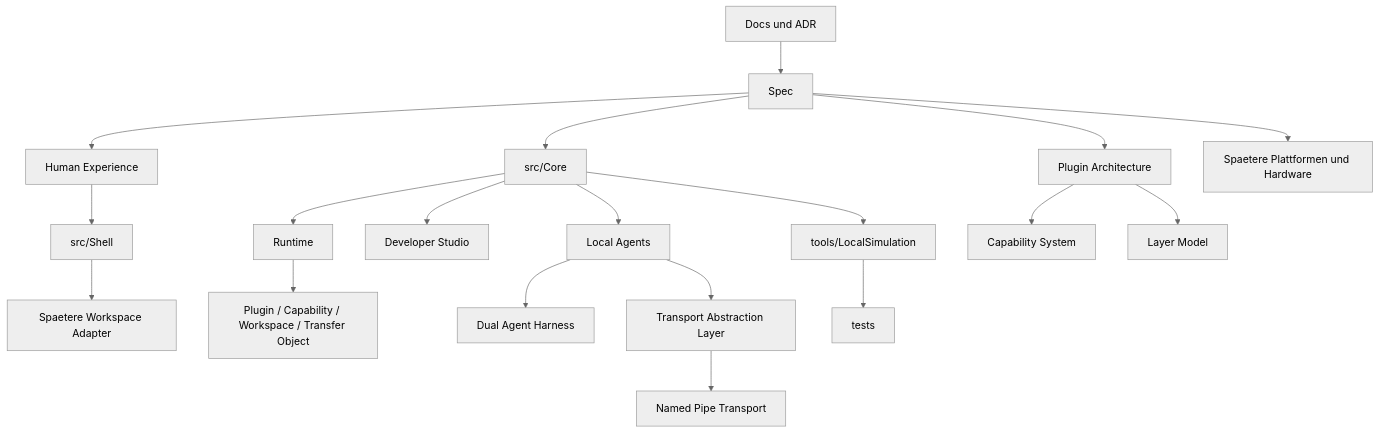
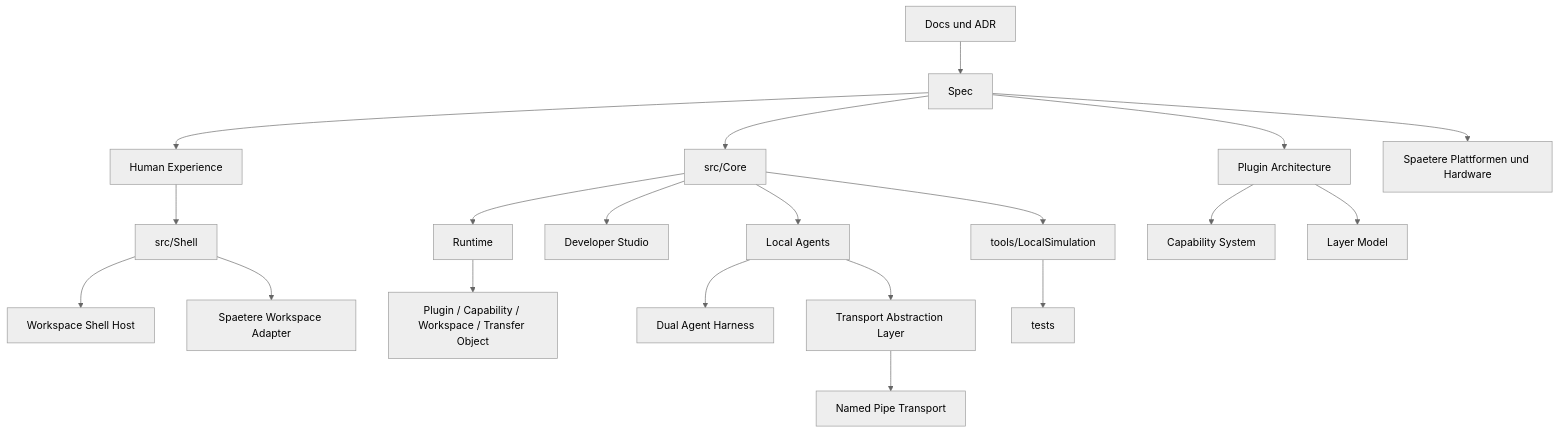
Before and after one commit to rk-engineeringAToutlook-de/RKWorkspace: the diagram in README.md, drawn with Mermaid (neutral theme). The commit also changed other lines of this file and 13 other files, not shown here.

Commit message:
feat(shell): add workspace shell runtime host

````diff
--- a/README.md
+++ b/README.md
@@ -91,21 +92,22 @@
 ```mermaid
 flowchart TB
     Docs["Docs und ADR"] --> Spec["Spec"]
     Spec --> HX["Human Experience"]
     HX --> Shell["src/Shell"]
+    Shell --> ShellHost["Workspace Shell Host"]
     Spec --> Core["src/Core"]
     Shell --> Adapters["Spaetere Workspace Adapter"]
     Core --> Runtime["Runtime"]
     Runtime --> Managers["Plugin / Capability / Workspace / Transfer Object"]
     Spec --> Plugins["Plugin Architecture"]
     Plugins --> Capabilities["Capability System"]
     Plugins --> Layers["Layer Model"]
     Core --> Studio["Developer Studio"]
     Core --> Agents["Local Agents"]
     Agents --> Harness["Dual Agent Harness"]
     Agents --> Transport["Transport Abstraction Layer"]
     Transport --> Ipc["Named Pipe Transport"]
     Core --> Simulation["tools/LocalSimulation"]
     Simulation --> Tests["tests"]
     Spec --> Future["Spaetere Plattformen und Hardware"]
 ```
````
